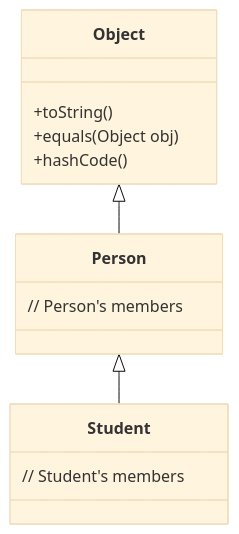
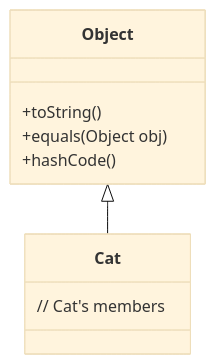
Before and after one commit to DanielCreggOrganization/ooc-w10-lab-inheritance-template: the sixth of 7 diagrams in README.md, drawn with Mermaid (base theme). The commit also changed other lines of this file, not shown here.

````diff
--- a/README.md
+++ b/README.md
@@ -260,16 +303,12 @@
 ```mermaid
 classDiagram
-    Object <|-- Person
-    Person <|-- Student
+    Object <|-- Cat
     class Object{
         +toString()
         +equals(Object obj)
         +hashCode()
     }
-    class Person{
-        // Person's members
-    }
-    class Student{
-        // Student's members
+    class Cat{
+        // Cat's members
     }
 ```
````
